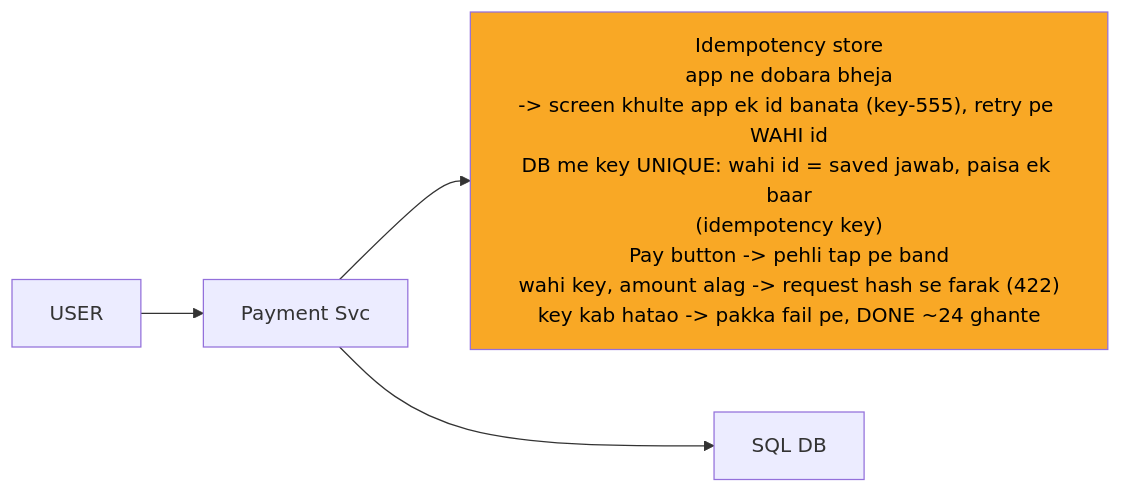
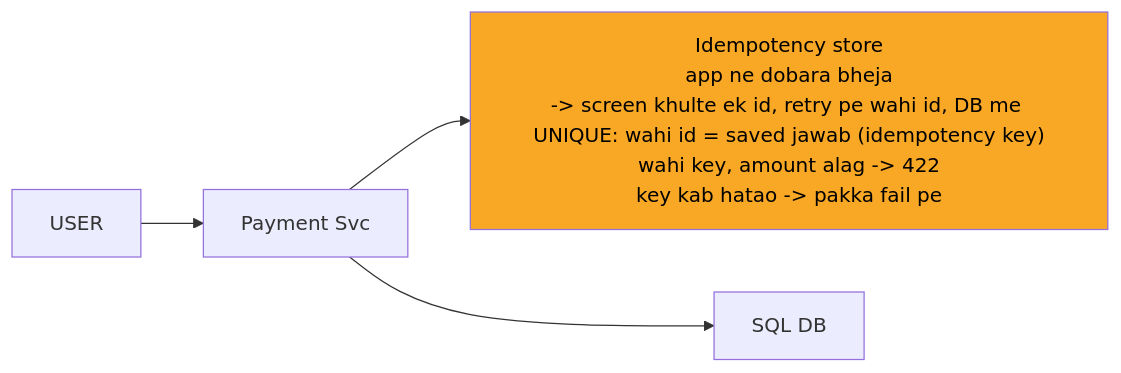
One commit to ArpanMaheshwari144/Prep changed the diagram in 04_HLD/SYSTEM_DESIGNS/06_payment_system/img/c3.mmd. Above: the diagram before and after it, drawn with Mermaid. The commit also changed 42 other files, not shown here.

```diff
--- a/04_HLD/SYSTEM_DESIGNS/06_payment_system/img/c3.mmd
+++ b/04_HLD/SYSTEM_DESIGNS/06_payment_system/img/c3.mmd
@@ -1,10 +1,10 @@
 %%{init: {"flowchart": {"wrappingWidth": 450}}}%%
 flowchart LR
     n_USER["USER"]
     n_Payment_Svc["Payment Svc"]
-    n_Idempotency_store["Idempotency store<br/>app ne dobara bheja<br/>-> screen khulte app ek id banata (key-555), retry pe WAHI id<br/>DB me key UNIQUE: wahi id = saved jawab, paisa ek baar<br/>(idempotency key)<br/>Pay button -> pehli tap pe band<br/>wahi key, amount alag -> request hash se farak (422)<br/>key kab hatao -> pakka fail pe, DONE ~24 ghante"]
+    n_Idempotency_store["Idempotency store<br/>app ne dobara bheja<br/>-> screen khulte ek id, retry pe wahi id, DB me UNIQUE: wahi id = saved jawab (idempotency key)<br/>wahi key, amount alag -> 422<br/>key kab hatao -> pakka fail pe"]
     n_DB["SQL DB"]
     n_USER --> n_Payment_Svc
     n_Payment_Svc --> n_Idempotency_store
     n_Payment_Svc --> n_DB
     style n_Idempotency_store fill:#f9a825,color:#000
```
